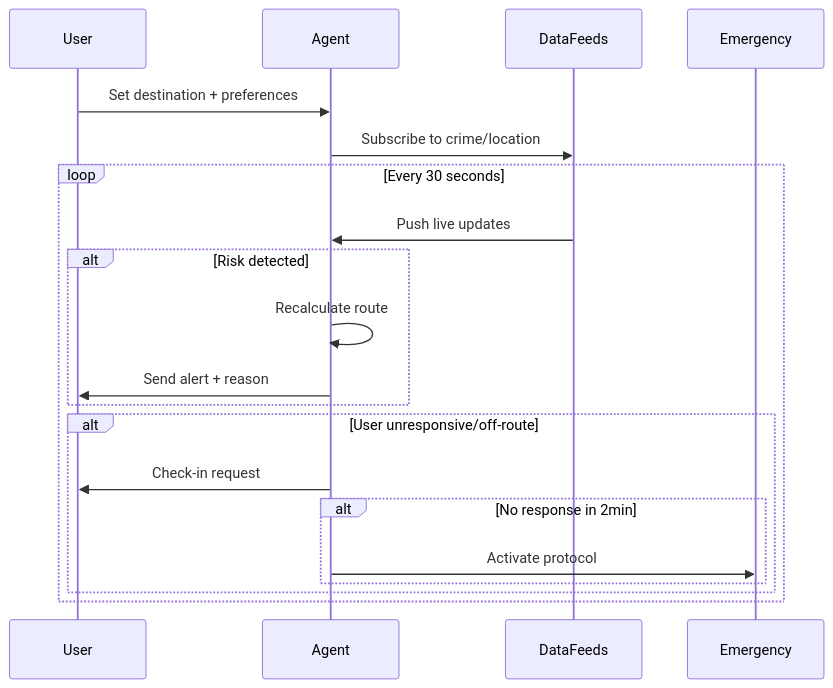
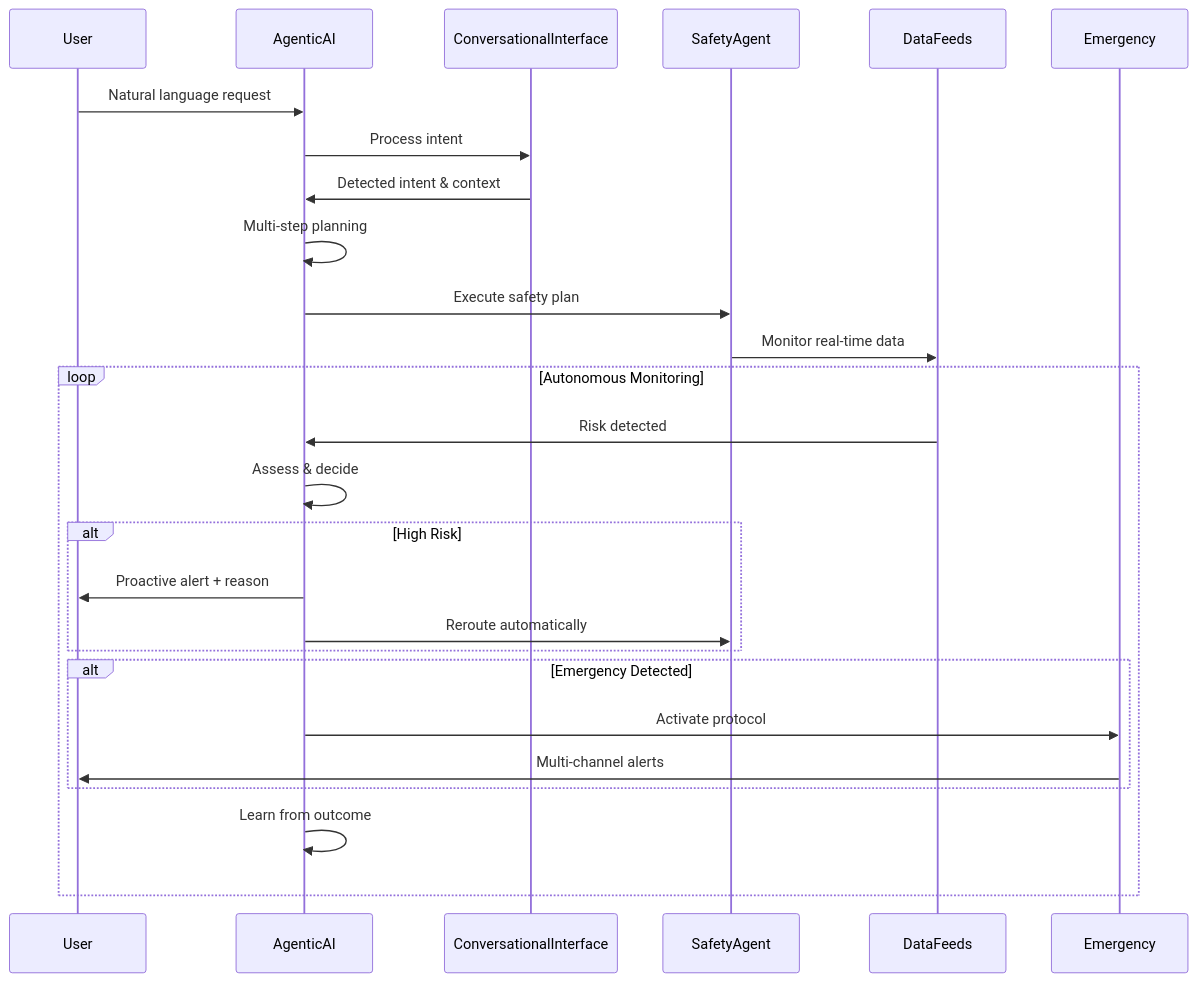
One commit to HariCodesHere/SafeTrail changed the diagram in README.md. Above: the diagram before and after it, drawn with Mermaid. The commit also changed other lines of this file, not shown here.

````diff
--- a/README.md
+++ b/README.md
@@ -34,23 +47,30 @@
 ```mermaid
 sequenceDiagram
     participant User
-    participant Agent
+    participant AgenticAI
+    participant ConversationalInterface  
+    participant SafetyAgent
     participant DataFeeds
     participant Emergency
 
-    User->>Agent: Set destination + preferences
-    Agent->>DataFeeds: Subscribe to crime/location
-    loop Every 30 seconds
-        DataFeeds->>Agent: Push live updates
-        alt Risk detected
-            Agent->>Agent: Recalculate route
-            Agent->>User: Send alert + reason
+    User->>AgenticAI: Natural language request
+    AgenticAI->>ConversationalInterface: Process intent
+    ConversationalInterface->>AgenticAI: Detected intent & context
+    AgenticAI->>AgenticAI: Multi-step planning
+    AgenticAI->>SafetyAgent: Execute safety plan
+    SafetyAgent->>DataFeeds: Monitor real-time data
+    
+    loop Autonomous Monitoring
+        DataFeeds->>AgenticAI: Risk detected
+        AgenticAI->>AgenticAI: Assess & decide
+        alt High Risk
+            AgenticAI->>User: Proactive alert + reason
+            AgenticAI->>SafetyAgent: Reroute automatically
         end
-        alt User unresponsive/off-route
-            Agent->>User: Check-in request
-            alt No response in 2min
-                Agent->>Emergency: Activate protocol
-            end
+        alt Emergency Detected
+            AgenticAI->>Emergency: Activate protocol
+            Emergency->>User: Multi-channel alerts
         end
+        AgenticAI->>AgenticAI: Learn from outcome
     end
 ```
````
